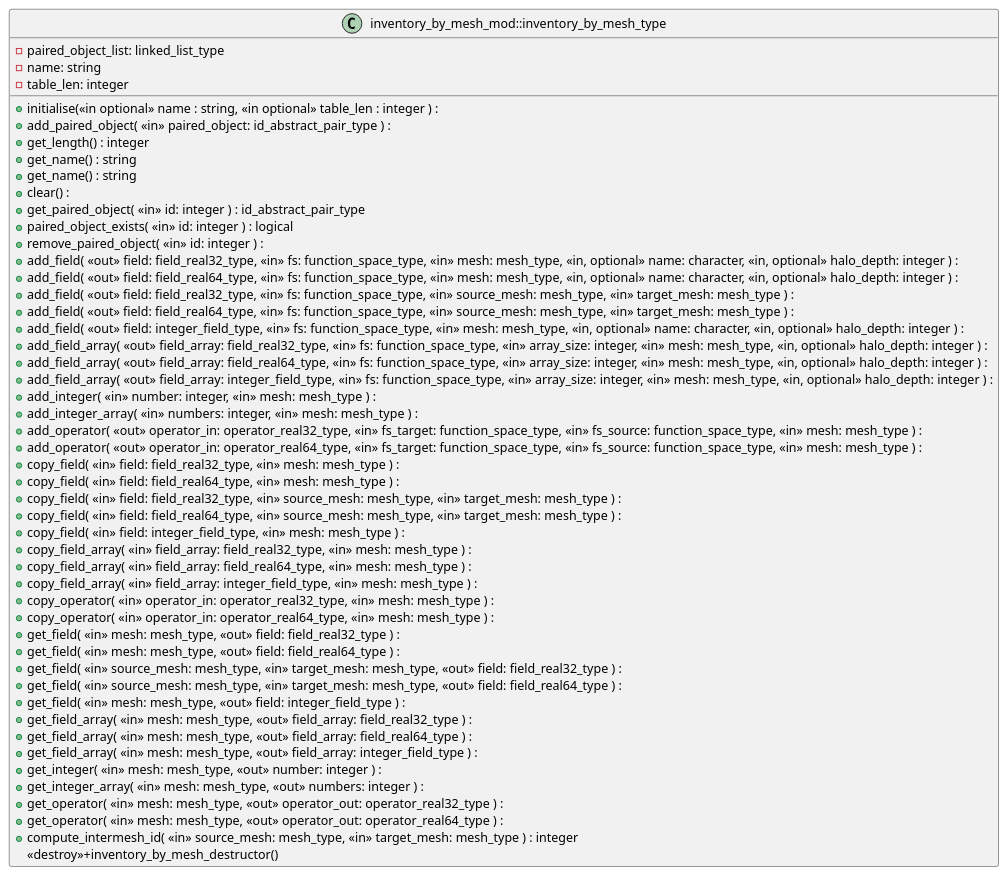
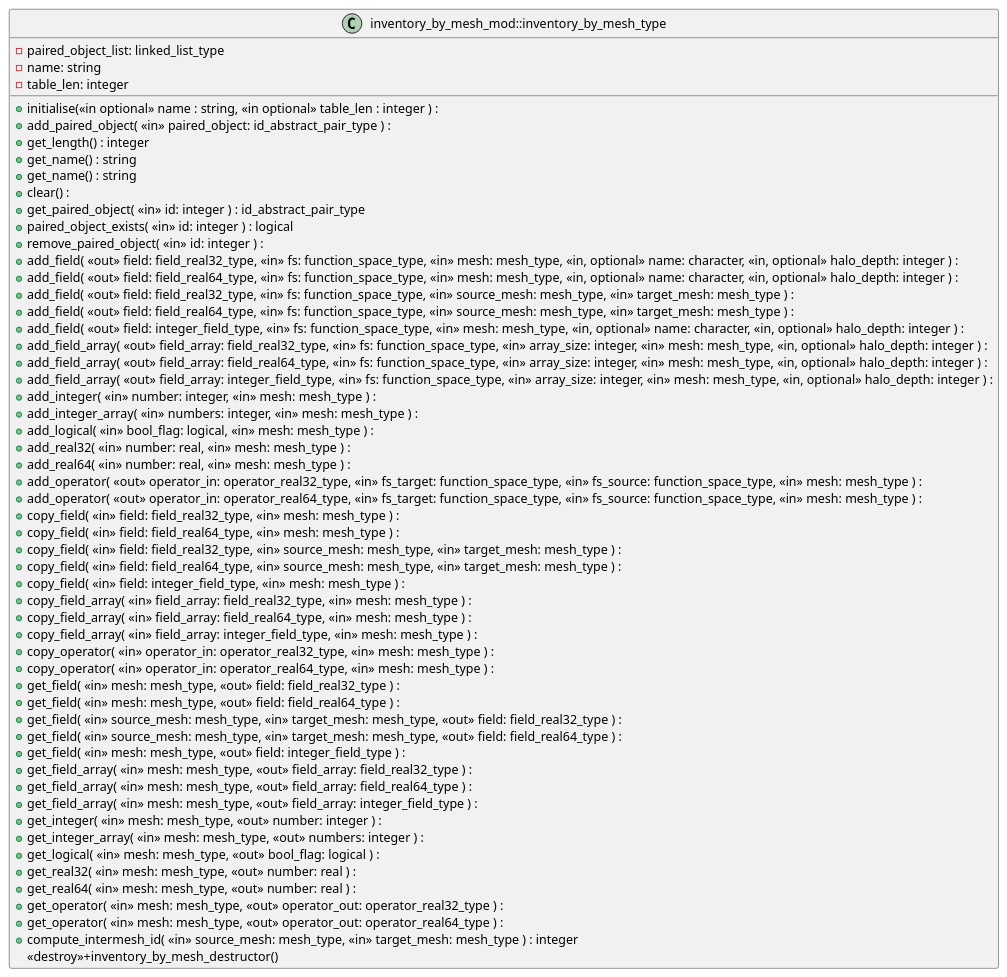
One commit to EdHone/lfric_core changed the diagram in components/inventory/documentation/uml/inventory/inventory_by_mesh_mod.iuml. Above: the diagram before and after it, drawn with PlantUML. The commit also changed 12 other files, not shown here.

Commit message:
ticket:4540 : thomasbendall : Expand inventories, including local mesh type addressing

```diff
--- a/components/inventory/documentation/uml/inventory/inventory_by_mesh_mod.iuml
+++ b/components/inventory/documentation/uml/inventory/inventory_by_mesh_mod.iuml
@@ -1,55 +1,61 @@
 ' (C) Crown copyright 2022 Met Office. All rights reserved.
 ' The file LICENCE, distributed with this code, contains details of the terms
 ' under which the code may be used.
 
 class inventory_by_mesh_mod::inventory_by_mesh_type {
   -paired_object_list: linked_list_type
   -name: string
   -table_len: integer
 
   +initialise(<<in optional>> name : string, <<in optional>> table_len : integer ) :
   +add_paired_object( <<in>> paired_object: id_abstract_pair_type ) :
   +get_length() : integer
   +get_name() : string
   +get_name() : string
   +clear() :
   +get_paired_object( <<in>> id: integer ) : id_abstract_pair_type
   +paired_object_exists( <<in>> id: integer ) : logical
   +remove_paired_object( <<in>> id: integer ) :
   +add_field( <<out>> field: field_real32_type, <<in>> fs: function_space_type, <<in>> mesh: mesh_type, <<in, optional>> name: character, <<in, optional>> halo_depth: integer ) :
   +add_field( <<out>> field: field_real64_type, <<in>> fs: function_space_type, <<in>> mesh: mesh_type, <<in, optional>> name: character, <<in, optional>> halo_depth: integer ) :
   +add_field( <<out>> field: field_real32_type, <<in>> fs: function_space_type, <<in>> source_mesh: mesh_type, <<in>> target_mesh: mesh_type ) :
   +add_field( <<out>> field: field_real64_type, <<in>> fs: function_space_type, <<in>> source_mesh: mesh_type, <<in>> target_mesh: mesh_type ) :
   +add_field( <<out>> field: integer_field_type, <<in>> fs: function_space_type, <<in>> mesh: mesh_type, <<in, optional>> name: character, <<in, optional>> halo_depth: integer ) :
   +add_field_array( <<out>> field_array: field_real32_type, <<in>> fs: function_space_type, <<in>> array_size: integer, <<in>> mesh: mesh_type, <<in, optional>> halo_depth: integer ) :
   +add_field_array( <<out>> field_array: field_real64_type, <<in>> fs: function_space_type, <<in>> array_size: integer, <<in>> mesh: mesh_type, <<in, optional>> halo_depth: integer ) :
   +add_field_array( <<out>> field_array: integer_field_type, <<in>> fs: function_space_type, <<in>> array_size: integer, <<in>> mesh: mesh_type, <<in, optional>> halo_depth: integer ) :
   +add_integer( <<in>> number: integer, <<in>> mesh: mesh_type ) :
   +add_integer_array( <<in>> numbers: integer, <<in>> mesh: mesh_type ) :
+  +add_logical( <<in>> bool_flag: logical, <<in>> mesh: mesh_type ) :
+  +add_real32( <<in>> number: real, <<in>> mesh: mesh_type ) :
+  +add_real64( <<in>> number: real, <<in>> mesh: mesh_type ) :
   +add_operator( <<out>> operator_in: operator_real32_type, <<in>> fs_target: function_space_type, <<in>> fs_source: function_space_type, <<in>> mesh: mesh_type ) :
   +add_operator( <<out>> operator_in: operator_real64_type, <<in>> fs_target: function_space_type, <<in>> fs_source: function_space_type, <<in>> mesh: mesh_type ) :
   +copy_field( <<in>> field: field_real32_type, <<in>> mesh: mesh_type ) :
   +copy_field( <<in>> field: field_real64_type, <<in>> mesh: mesh_type ) :
   +copy_field( <<in>> field: field_real32_type, <<in>> source_mesh: mesh_type, <<in>> target_mesh: mesh_type ) :
   +copy_field( <<in>> field: field_real64_type, <<in>> source_mesh: mesh_type, <<in>> target_mesh: mesh_type ) :
   +copy_field( <<in>> field: integer_field_type, <<in>> mesh: mesh_type ) :
   +copy_field_array( <<in>> field_array: field_real32_type, <<in>> mesh: mesh_type ) :
   +copy_field_array( <<in>> field_array: field_real64_type, <<in>> mesh: mesh_type ) :
   +copy_field_array( <<in>> field_array: integer_field_type, <<in>> mesh: mesh_type ) :
   +copy_operator( <<in>> operator_in: operator_real32_type, <<in>> mesh: mesh_type ) :
   +copy_operator( <<in>> operator_in: operator_real64_type, <<in>> mesh: mesh_type ) :
   +get_field( <<in>> mesh: mesh_type, <<out>> field: field_real32_type ) :
   +get_field( <<in>> mesh: mesh_type, <<out>> field: field_real64_type ) :
   +get_field( <<in>> source_mesh: mesh_type, <<in>> target_mesh: mesh_type, <<out>> field: field_real32_type ) :
   +get_field( <<in>> source_mesh: mesh_type, <<in>> target_mesh: mesh_type, <<out>> field: field_real64_type ) :
   +get_field( <<in>> mesh: mesh_type, <<out>> field: integer_field_type ) :
   +get_field_array( <<in>> mesh: mesh_type, <<out>> field_array: field_real32_type ) :
   +get_field_array( <<in>> mesh: mesh_type, <<out>> field_array: field_real64_type ) :
   +get_field_array( <<in>> mesh: mesh_type, <<out>> field_array: integer_field_type ) :
   +get_integer( <<in>> mesh: mesh_type, <<out>> number: integer ) :
   +get_integer_array( <<in>> mesh: mesh_type, <<out>> numbers: integer ) :
+  +get_logical( <<in>> mesh: mesh_type, <<out>> bool_flag: logical ) :
+  +get_real32( <<in>> mesh: mesh_type, <<out>> number: real ) :
+  +get_real64( <<in>> mesh: mesh_type, <<out>> number: real ) :
   +get_operator( <<in>> mesh: mesh_type, <<out>> operator_out: operator_real32_type ) :
   +get_operator( <<in>> mesh: mesh_type, <<out>> operator_out: operator_real64_type ) :
   +compute_intermesh_id( <<in>> source_mesh: mesh_type, <<in>> target_mesh: mesh_type ) : integer
   <<destroy>>+inventory_by_mesh_destructor()
 }
```
